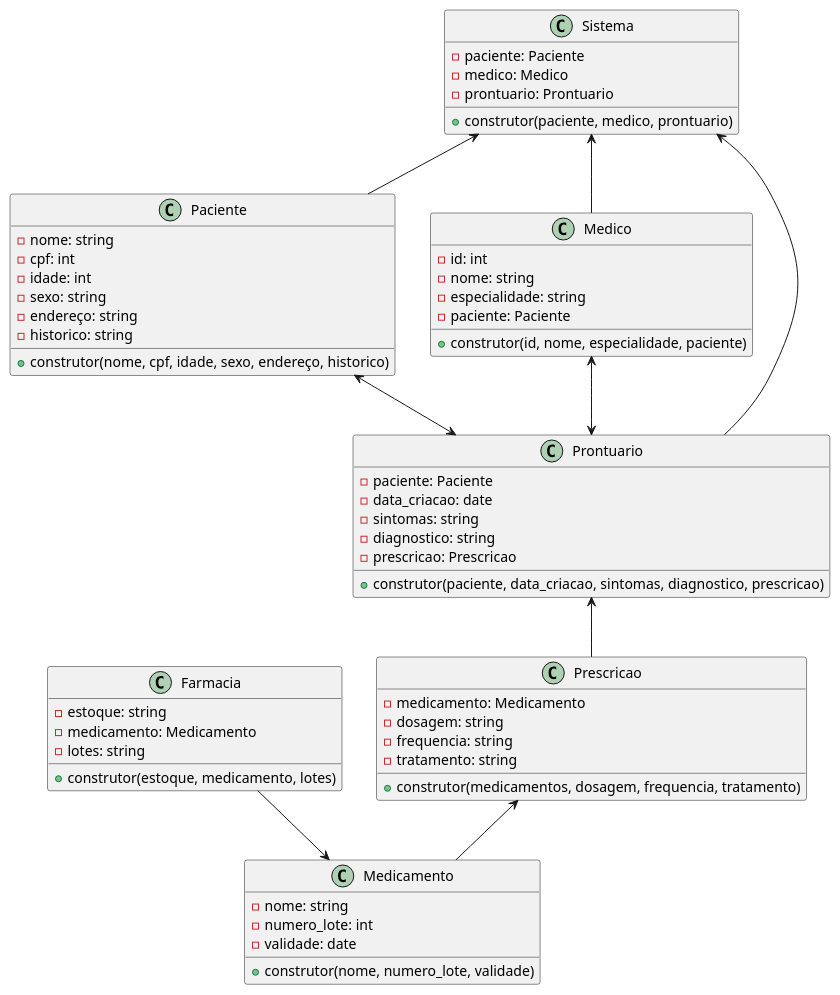
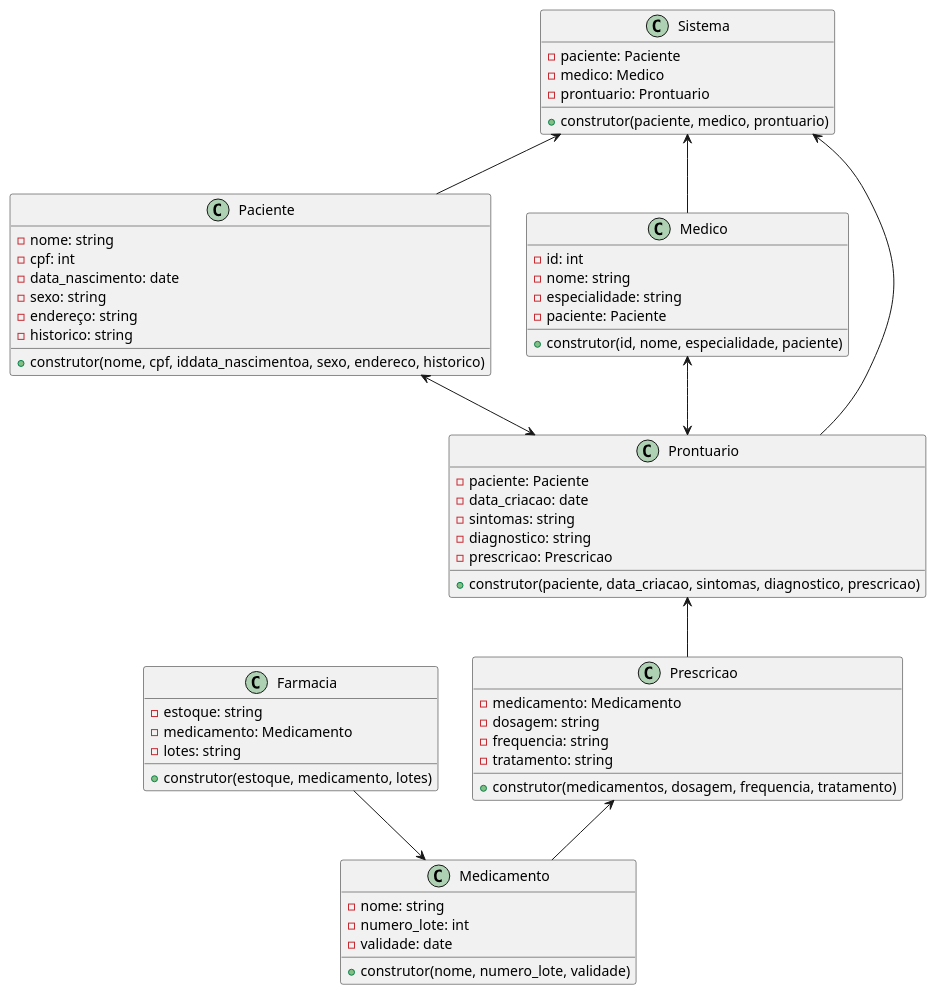
One commit to anleaes/2023-1-N2-POO-06 changed the diagram in diagrama/diagramaClasses.plantuml. Above: the diagram before and after it, drawn with PlantUML. The commit also changed 11 other files, not shown here.

```diff
--- a/diagrama/diagramaClasses.plantuml
+++ b/diagrama/diagramaClasses.plantuml
@@ -1,72 +1,72 @@
 @startuml prontuarioapp
 
 class Paciente {
   - nome: string
   - cpf: int
-  - idade: int
+  - data_nascimento: date
   - sexo: string
   - endereço: string
   - historico: string
-  + construtor(nome, cpf, idade, sexo, endereço, historico)
+  + construtor(nome, cpf, iddata_nascimentoa, sexo, endereco, historico)
 }
 
 class Medico {
   - id: int
   - nome: string
   - especialidade: string
   - paciente: Paciente
   + construtor(id, nome, especialidade, paciente)
 }
 
 class Medicamento {
   - nome: string
   - numero_lote: int
   - validade: date
   + construtor(nome, numero_lote, validade)
 }
 
 
 class Prescricao {
   - medicamento: Medicamento
   - dosagem: string
   - frequencia: string
   - tratamento: string
   + construtor(medicamentos, dosagem, frequencia, tratamento)
 }
 
 class Prontuario {
   - paciente: Paciente
   - data_criacao: date
   - sintomas: string
   - diagnostico: string
   - prescricao: Prescricao
   + construtor(paciente, data_criacao, sintomas, diagnostico, prescricao)
 }
 
 
 class Farmacia {
   - estoque: string
   - medicamento: Medicamento
   - lotes: string
   + construtor(estoque, medicamento, lotes)
 }
 
 
 class Sistema {
   - paciente: Paciente
   - medico: Medico
   - prontuario: Prontuario
   + construtor(paciente, medico, prontuario)
 }
 
 
 Paciente <--> Prontuario
 Medico <--> Prontuario
 Prontuario <-- Prescricao
 Prescricao <-- Medicamento
 Farmacia --> Medicamento
 Sistema <-- Paciente
 Sistema <-- Medico
 Sistema <-- Prontuario
 
 @enduml
```
